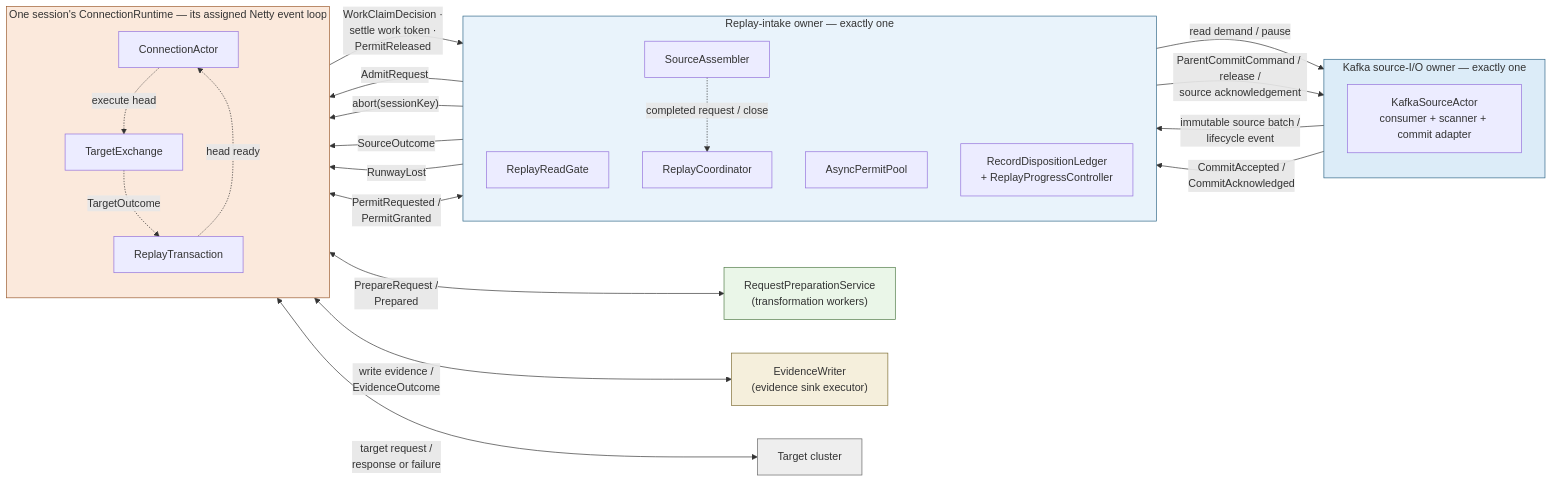
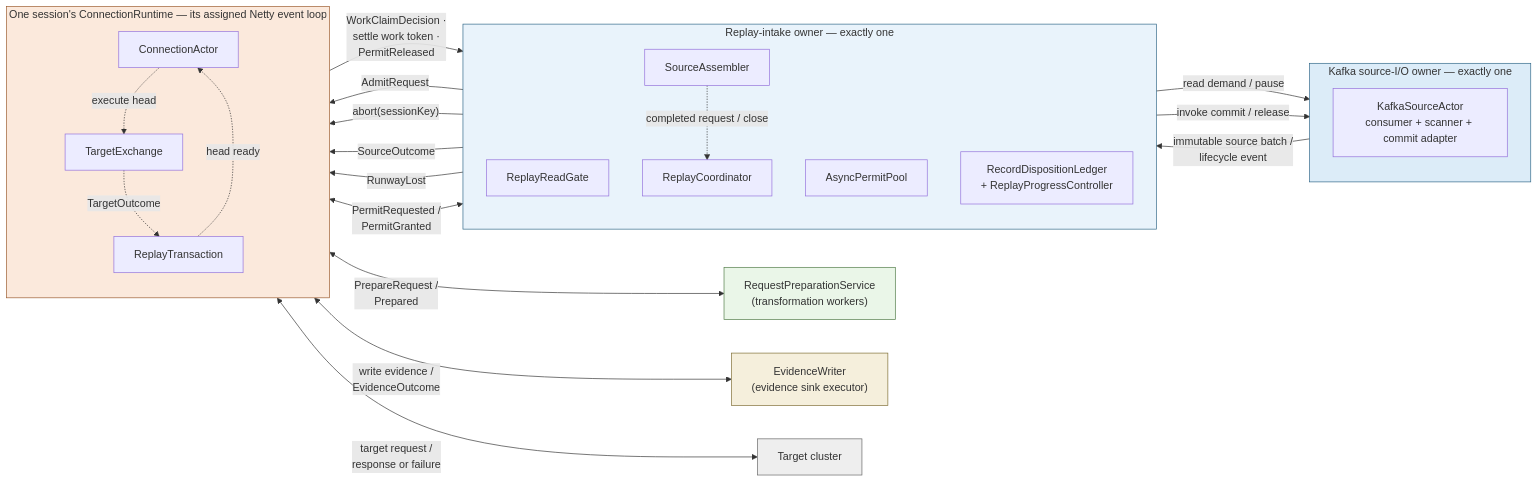
One commit to opensearch-project/opensearch-migrations changed the first of 4 diagrams in docs/replayerProcessingAndCommitArchitecture.md. Above: the diagram before and after it, drawn with Mermaid. The commit also changed other lines of this file and 62 other files, not shown here.

````diff
--- a/docs/replayerProcessingAndCommitArchitecture.md
+++ b/docs/replayerProcessingAndCommitArchitecture.md
@@ -608,56 +606,55 @@
 ```mermaid
 flowchart LR
     subgraph SOURCE["Kafka source-I/O owner — exactly one"]
         direction TB
         KSA["KafkaSourceActor<br/>consumer + scanner + commit adapter"]
     end
 
     subgraph INTAKE["Replay-intake owner — exactly one"]
         direction TB
         READ["ReplayReadGate"]
         ASM["SourceAssembler"]
         COORD["ReplayCoordinator"]
         POOL["AsyncPermitPool"]
         LEDGER["RecordDispositionLedger<br/>+ ReplayProgressController"]
     end
 
     subgraph LOOP["One session's ConnectionRuntime — its assigned Netty event loop"]
         direction TB
         ACTOR["ConnectionActor"]
         EXCH["TargetExchange"]
         TXN["ReplayTransaction"]
     end
 
     PREP["RequestPreparationService<br/>(transformation workers)"]
     EVID["EvidenceWriter<br/>(evidence sink executor)"]
     TARGET["Target cluster"]
 
     READ -->|"read demand / pause"| KSA
     KSA -->|"immutable source batch /<br/>lifecycle event"| ASM
-    LEDGER -->|"ParentCommitCommand / release /<br/>source acknowledgement"| KSA
-    KSA -->|"CommitAccepted /<br/>CommitAcknowledged"| LEDGER
+    LEDGER -->|"invoke commit / release"| KSA
     ASM -.->|"completed request / close"| COORD
 
     COORD -->|"AdmitRequest"| ACTOR
     COORD -->|"abort(sessionKey)"| ACTOR
     ASM -->|"SourceOutcome"| TXN
     COORD -->|"RunwayLost"| TXN
 
     POOL <-->|"PermitRequested /<br/>PermitGranted"| TXN
     TXN <-->|"PrepareRequest /<br/>Prepared"| PREP
     TXN <-->|"write evidence /<br/>EvidenceOutcome"| EVID
     EXCH <-->|"target request /<br/>response or failure"| TARGET
 
     TXN -.->|"head ready"| ACTOR
     ACTOR -.->|"execute head"| EXCH
     EXCH -.->|"TargetOutcome"| TXN
 
     TXN -->|"WorkClaimDecision ·<br/>settle work token ·<br/>PermitReleased"| LEDGER
 
     style SOURCE fill:#dcecf8,stroke:#2f6687
     style INTAKE fill:#e9f3fb,stroke:#2f6687
     style LOOP fill:#fbe9dc,stroke:#9a5a2e
     style PREP fill:#eaf6e8,stroke:#4f7a46
     style EVID fill:#f5efdc,stroke:#7d6c32
     style TARGET fill:#eeeeee,stroke:#666666
 ```
````
